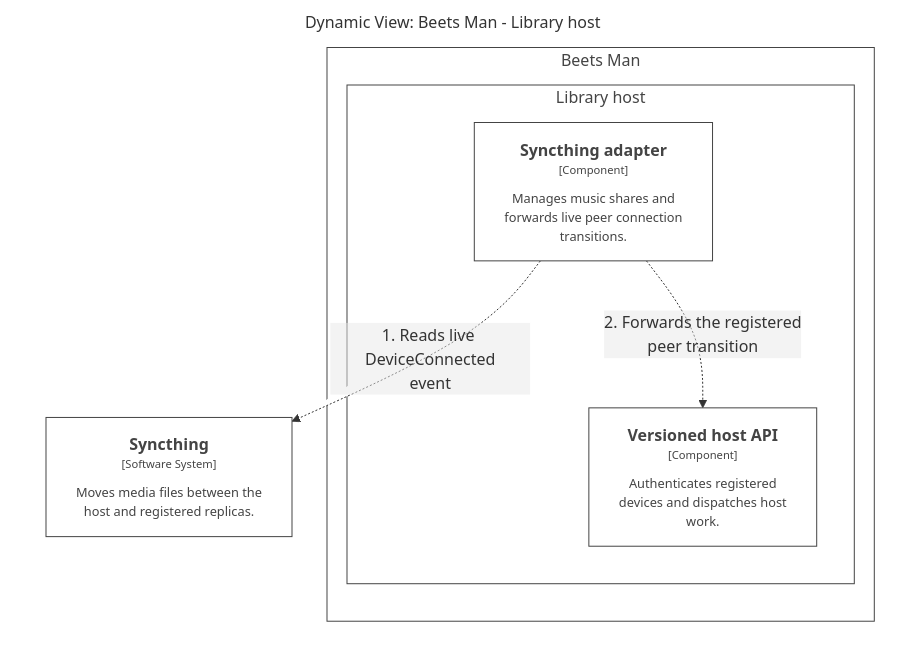
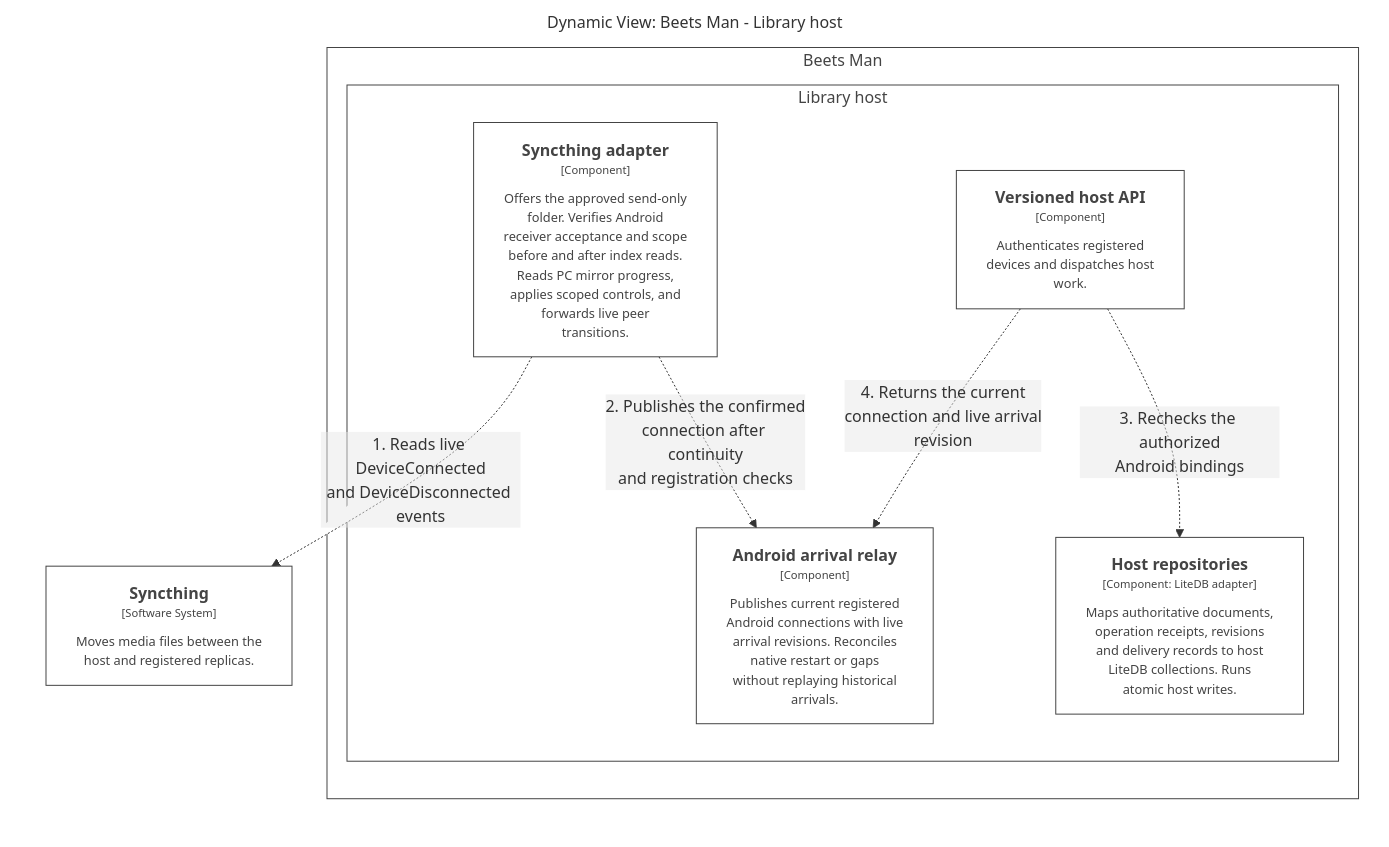
Diagram 13 of 13 in docs/Project/wiki/github/C4-Views.md (sharpninja/beets-man), drawn with Mermaid before and after one commit. The commit also changed other lines of this file and 229 other files, not shown here.

````diff
--- a/docs/Project/wiki/github/C4-Views.md
+++ b/docs/Project/wiki/github/C4-Views.md
@@ -661,32 +715,38 @@
 ```mermaid
 graph LR
   linkStyle default fill:#ffffff
 
   subgraph diagram ["Dynamic View: Beets Man - Library host"]
     style diagram fill:#ffffff,stroke:#ffffff
 
     3["<div style='font-weight: bold'>Syncthing</div><div style='font-size: 70%; margin-top: 0px'>[Software System]</div><div style='font-size: 80%; margin-top:10px'>Moves media files between the<br />host and registered replicas.</div>"]
     style 3 fill:#ffffff,stroke:#444444,color:#444444
 
     subgraph 6 ["Beets Man"]
       style 6 fill:#ffffff,stroke:#444444,color:#444444
 
-      subgraph 25 ["Library host"]
-        style 25 fill:#ffffff,stroke:#444444,color:#444444
+      subgraph 26 ["Library host"]
+        style 26 fill:#ffffff,stroke:#444444,color:#444444
 
-        26["<div style='font-weight: bold'>Versioned host API</div><div style='font-size: 70%; margin-top: 0px'>[Component]</div><div style='font-size: 80%; margin-top:10px'>Authenticates registered<br />devices and dispatches host<br />work.</div>"]
-        style 26 fill:#ffffff,stroke:#444444,color:#444444
-        32["<div style='font-weight: bold'>Syncthing adapter</div><div style='font-size: 70%; margin-top: 0px'>[Component]</div><div style='font-size: 80%; margin-top:10px'>Manages music shares and<br />forwards live peer connection<br />transitions.</div>"]
-        style 32 fill:#ffffff,stroke:#444444,color:#444444
+        28["<div style='font-weight: bold'>Versioned host API</div><div style='font-size: 70%; margin-top: 0px'>[Component]</div><div style='font-size: 80%; margin-top:10px'>Authenticates registered<br />devices and dispatches host<br />work.</div>"]
+        style 28 fill:#ffffff,stroke:#444444,color:#444444
+        35["<div style='font-weight: bold'>Syncthing adapter</div><div style='font-size: 70%; margin-top: 0px'>[Component]</div><div style='font-size: 80%; margin-top:10px'>Offers the approved send-only<br />folder. Verifies Android<br />receiver acceptance and scope<br />before and after index reads.<br />Reads PC mirror progress,<br />applies scoped controls, and<br />forwards live peer<br />transitions.</div>"]
+        style 35 fill:#ffffff,stroke:#444444,color:#444444
+        36["<div style='font-weight: bold'>Android arrival relay</div><div style='font-size: 70%; margin-top: 0px'>[Component]</div><div style='font-size: 80%; margin-top:10px'>Publishes current registered<br />Android connections with live<br />arrival revisions. Reconciles<br />native restart or gaps<br />without replaying historical<br />arrivals.</div>"]
+        style 36 fill:#ffffff,stroke:#444444,color:#444444
+        37["<div style='font-weight: bold'>Host repositories</div><div style='font-size: 70%; margin-top: 0px'>[Component: LiteDB adapter]</div><div style='font-size: 80%; margin-top:10px'>Maps authoritative documents,<br />operation receipts, revisions<br />and delivery records to host<br />LiteDB collections. Runs<br />atomic host writes.</div>"]
+        style 37 fill:#ffffff,stroke:#444444,color:#444444
       end
 
     end
 
     3["<div style='font-weight: bold'>Syncthing</div><div style='font-size: 70%; margin-top: 0px'>[Software System]</div><div style='font-size: 80%; margin-top:10px'>Moves media files between the<br />host and registered replicas.</div>"]
     style 3 fill:#ffffff,stroke:#444444,color:#444444
 
-    32-. "<div>1. Reads live DeviceConnected<br />event</div><div style='font-size: 70%'></div>" .->3
-    32-. "<div>2. Forwards the registered<br />peer transition</div><div style='font-size: 70%'></div>" .->26
+    35-. "<div>1. Reads live DeviceConnected<br />and DeviceDisconnected events</div><div style='font-size: 70%'></div>" .->3
+    35-. "<div>2. Publishes the confirmed<br />connection after continuity<br />and registration checks</div><div style='font-size: 70%'></div>" .->36
+    28-. "<div>3. Rechecks the authorized<br />Android bindings</div><div style='font-size: 70%'></div>" .->37
+    28-. "<div>4. Returns the current<br />connection and live arrival<br />revision</div><div style='font-size: 70%'></div>" .->36
 
   end
 ```
````
